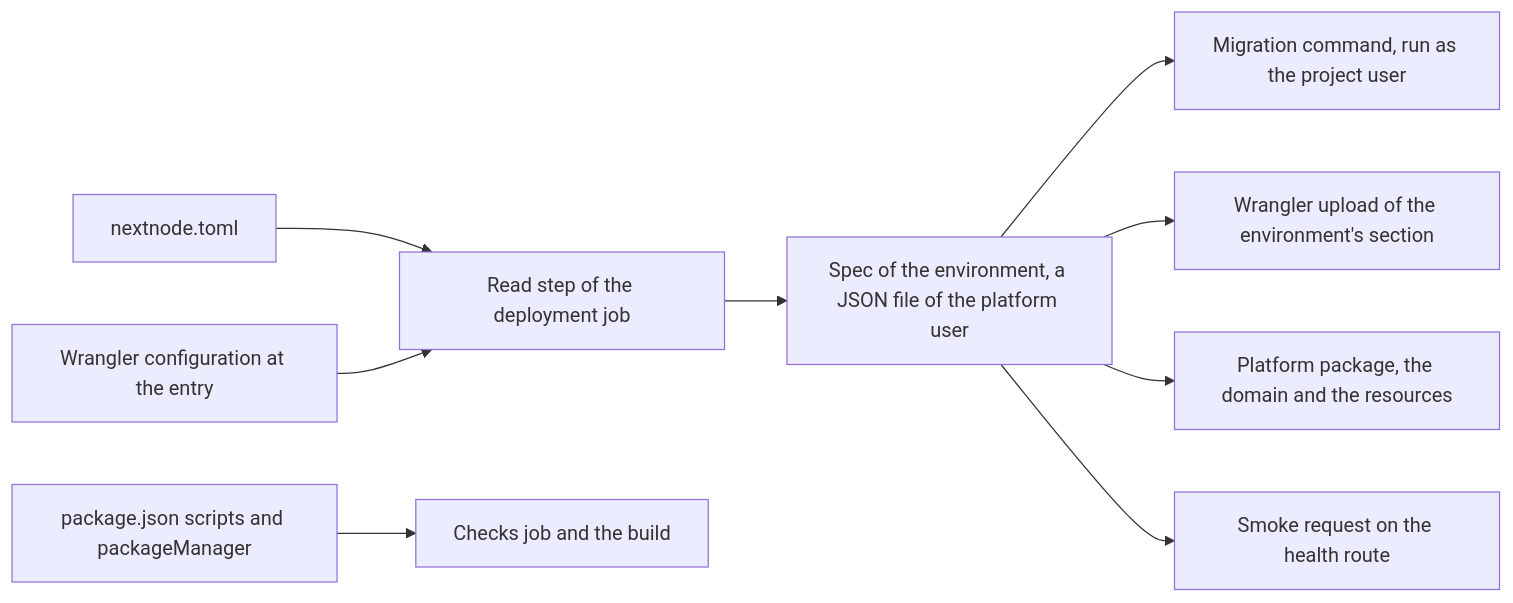
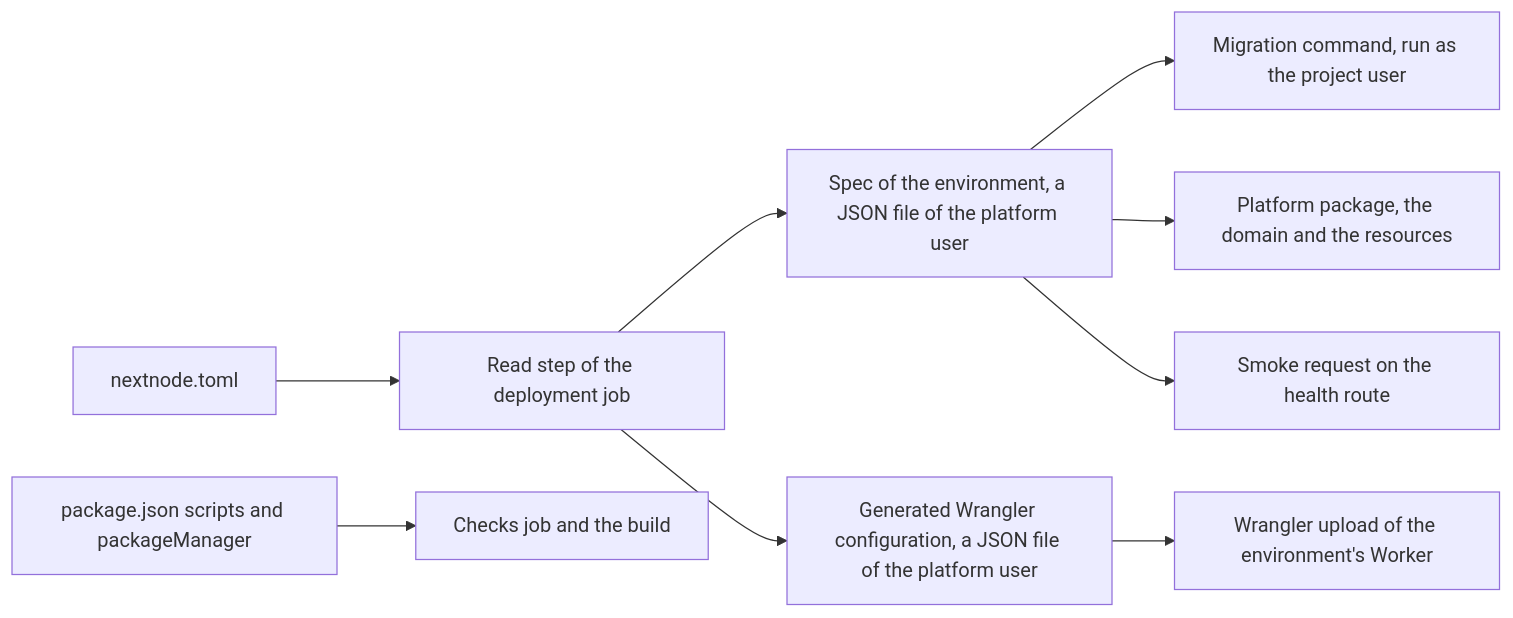
Before and after one commit to NextNodeSolutions/infrastructure: the first of 2 diagrams in docs/configuration.md, drawn with Mermaid. The commit also changed other lines of this file and 12 other files, not shown here.

First line of the commit message:
ci: nextnode.toml carries the worker's wrangler keys, bundled by the project and uploaded as a link-free copy (#13)

````diff
--- a/docs/configuration.md
+++ b/docs/configuration.md
@@ -5,11 +5,11 @@
 ```mermaid
 flowchart LR
     T[nextnode.toml] --> R[Read step of the deployment job]
-    W[Wrangler configuration at the entry] --> R
     R --> S[Spec of the environment, a JSON file of the platform user]
+    R --> G[Generated Wrangler configuration, a JSON file of the platform user]
     S --> M[Migration command, run as the project user]
-    S --> U[Wrangler upload of the environment's section]
+    G --> U[Wrangler upload of the environment's Worker]
     S --> P[Platform package, the domain and the resources]
     S --> H[Smoke request on the health route]
     K[package.json scripts and packageManager] --> C[Checks job and the build]
 ```
````
